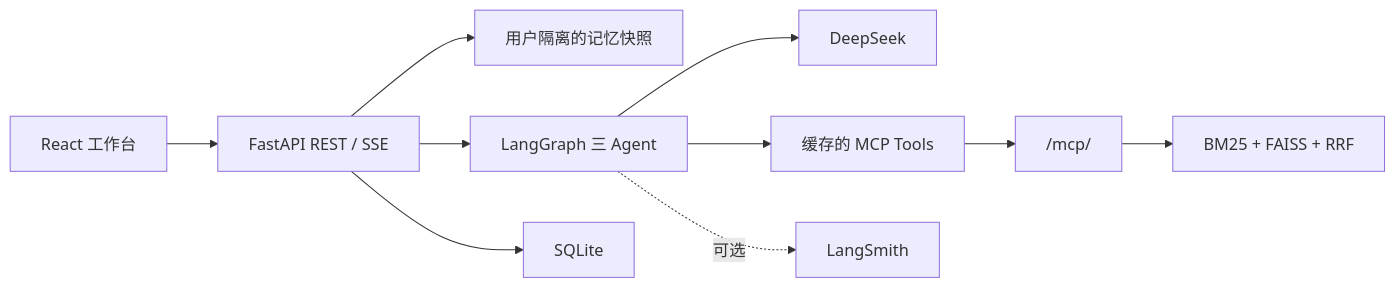
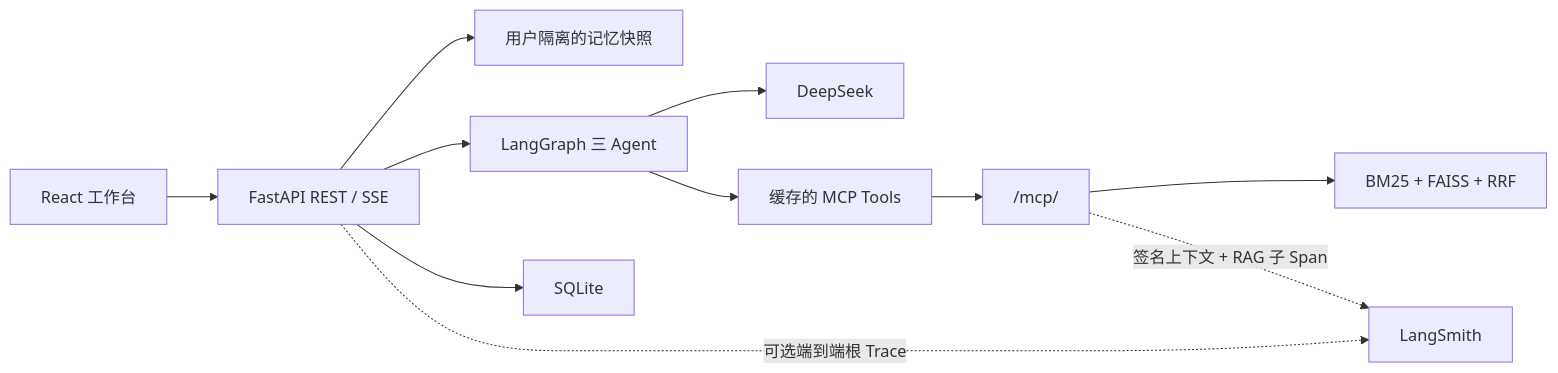
Before and after one commit to Vinn7/LawStation: the diagram in resume/README.md, drawn with Mermaid. The commit also changed other lines of this file and 28 other files, not shown here.

````diff
--- a/resume/README.md
+++ b/resume/README.md
@@ -33,12 +34,13 @@
 ```mermaid
 flowchart LR
     UI["React 工作台"] --> API["FastAPI REST / SSE"]
     API --> MEMORY["用户隔离的记忆快照"]
     API --> GRAPH["LangGraph 三 Agent"]
     GRAPH --> LLM["DeepSeek"]
     GRAPH --> TOOLS["缓存的 MCP Tools"]
     TOOLS --> MCP["/mcp/"]
     MCP --> RAG["BM25 + FAISS + RRF"]
     API --> DB["SQLite"]
-    GRAPH -. 可选 .-> LS["LangSmith"]
+    API -. "可选端到端根 Trace" .-> LS["LangSmith"]
+    MCP -. "签名上下文 + RAG 子 Span" .-> LS
 ```
````
